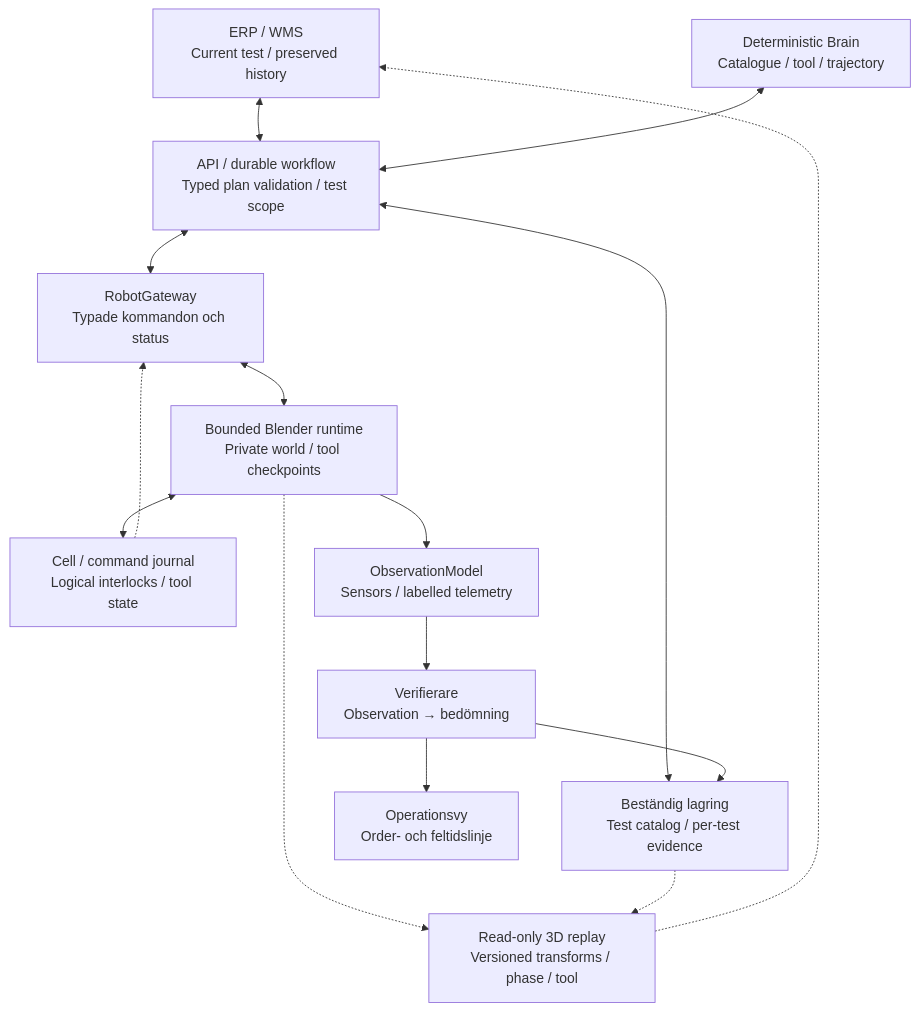
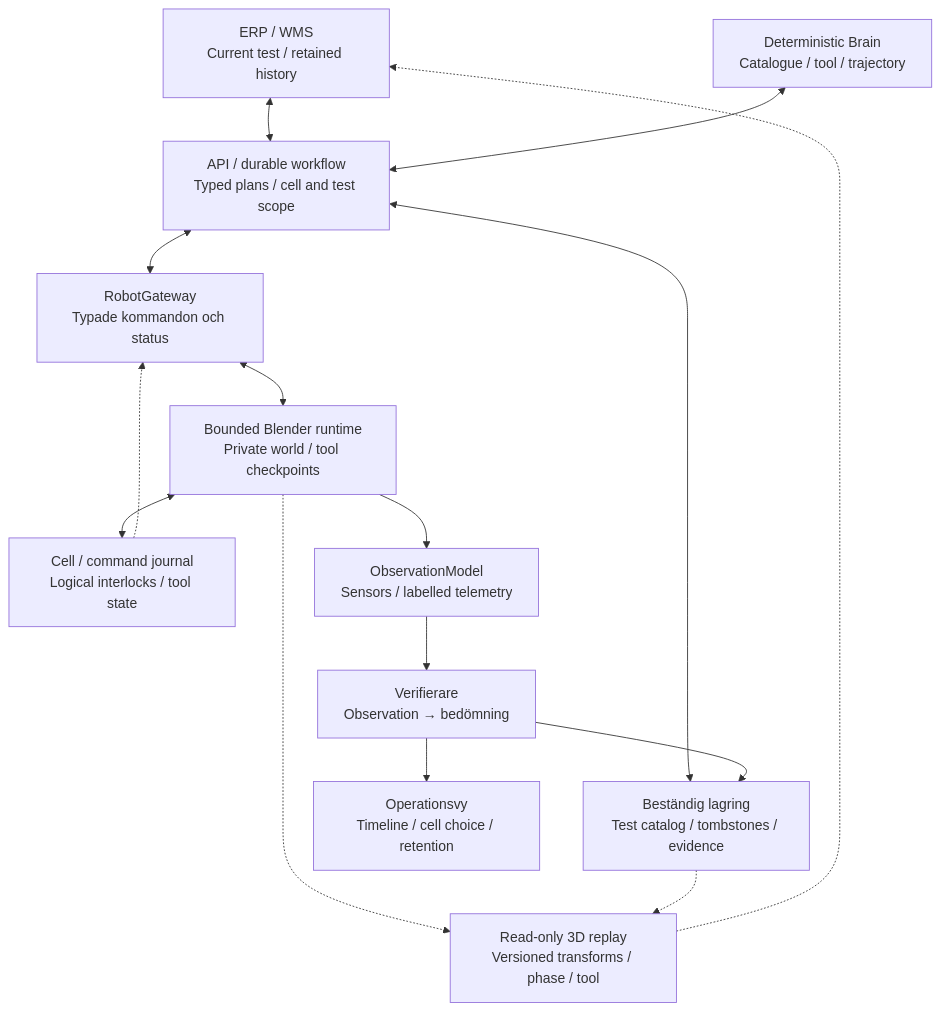
The diagram in sources/diagrams/architecture.mmd (raal1600/SICS-RobotOps-Twin-E2E-Warehouse-Robotics-Integration-Simulator), drawn with Mermaid before and after one commit. The commit also changed 71 other files, not shown here.

```diff
--- a/sources/diagrams/architecture.mmd
+++ b/sources/diagrams/architecture.mmd
@@ -1,26 +1,26 @@
 flowchart TD
-  erp["ERP / WMS<br/>Current test / preserved history"]
-  core["API / durable workflow<br/>Typed plan validation / test scope"]
+  erp["ERP / WMS<br/>Current test / retained history"]
+  core["API / durable workflow<br/>Typed plans / cell and test scope"]
   gateway["RobotGateway<br/>Typade kommandon och status"]
   brain["Deterministic Brain<br/>Catalogue / tool / trajectory"]
-  db["Beständig lagring<br/>Test catalog / per-test evidence"]
+  db["Beständig lagring<br/>Test catalog / tombstones / evidence"]
   world["Bounded Blender runtime<br/>Private world / tool checkpoints"]
-  monitor["Operationsvy<br/>Order- och feltidslinje"]
+  monitor["Operationsvy<br/>Timeline / cell choice / retention"]
   verify["Verifierare<br/>Observation → bedömning"]
   cell["Cell / command journal<br/>Logical interlocks / tool state"]
   observation["ObservationModel<br/>Sensors / labelled telemetry"]
   replay["Read-only 3D replay<br/>Versioned transforms / phase / tool"]
   erp <--> core
   core <--> gateway
   core <--> db
   gateway <--> world
   world <--> cell
   verify --> db
   verify --> monitor
   brain <--> core
   cell -.-> gateway
   world --> observation
   observation --> verify
   world -.-> replay
   replay -.-> erp
   db -.-> replay
```
